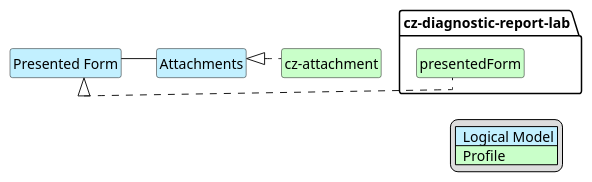
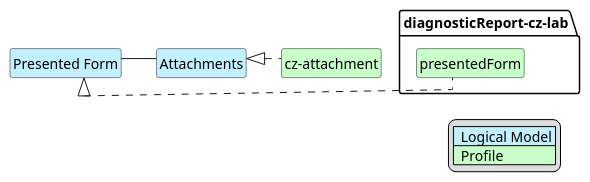
Before and after one commit to HL7-cz/cz-lab: the diagram in input/images-source/labReportAttach-map-en.plantuml, drawn with PlantUML. The commit also changed 3 other files, not shown here.

```diff
--- a/input/images-source/labReportAttach-map-en.plantuml
+++ b/input/images-source/labReportAttach-map-en.plantuml
@@ -1,30 +1,30 @@
 @startuml labReportAttach-map-en
 hide circle
 hide stereotype
 hide members
 hide methods
 skinparam linetype ortho
 skinparam class {
 BackgroundColor<<LogicalModel>> #APPLICATION
 BackgroundColor<<Profile>> #TECHNOLOGY
 }
 legend right
 | <#APPLICATION>  Logical Model |
 | <#TECHNOLOGY>  Profile |
 endlegend
 
 class "Presented Form" <<LogicalModel>> [[StructureDefinition-PresentedFormCz.html]]
 class "Attachments" <<LogicalModel>> [[StructureDefinition-AttachmentsCz.html]]
 
-class "cz-diagnostic-report-lab.presentedForm" <<Profile>> [[StructureDefinition-cz-diagnostic-report-lab.html]]
+class "diagnosticReport-cz-lab.presentedForm" <<Profile>> [[StructureDefinition-diagnosticReport-cz-lab.html]]
 class "cz-attachment" <<Profile>> [[StructureDefinition-cz-attachment.html]]
 
 "Presented Form" -- "Attachments"
-"Presented Form" <|. "cz-diagnostic-report-lab.presentedForm"
+"Presented Form" <|. "diagnosticReport-cz-lab.presentedForm"
 "Attachments" <|. "cz-attachment"
 
 "Presented Form" -r[hidden]-> "Attachments"
-"Presented Form" -d[hidden]-> "cz-diagnostic-report-lab.presentedForm"
+"Presented Form" -d[hidden]-> "diagnosticReport-cz-lab.presentedForm"
 "Attachments" -d[hidden]-> "cz-attachment"
 
 @enduml
```
